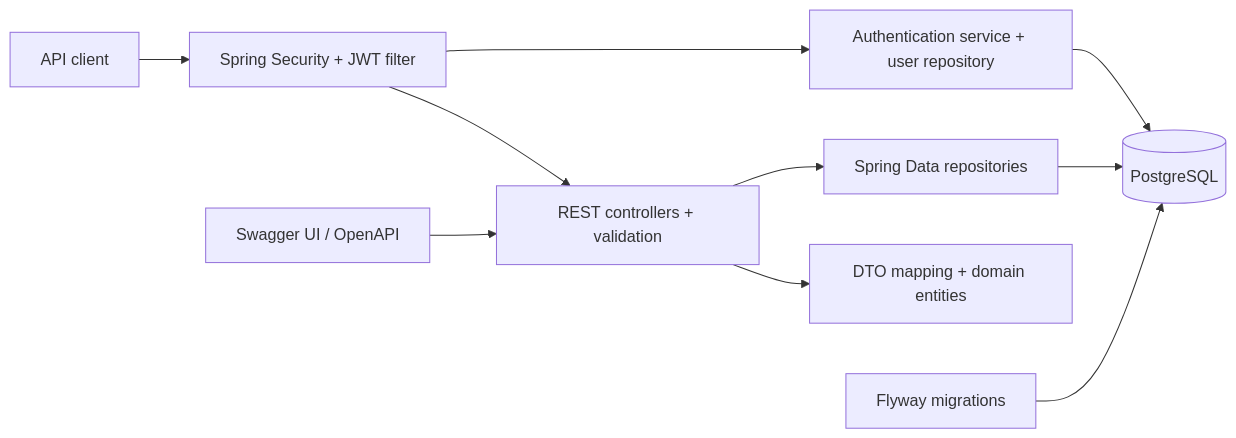
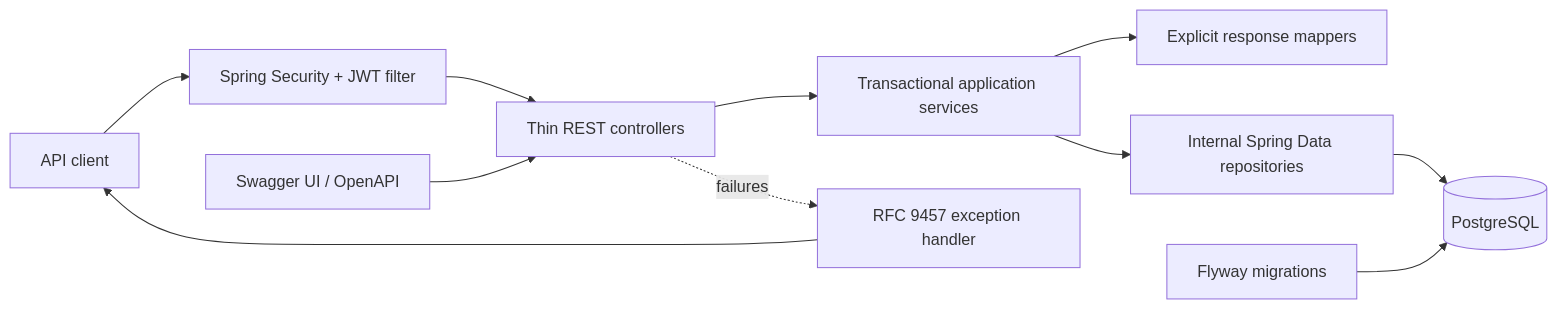
The diagram in readme.md (ricardoportoIE/resource-lending-api), drawn with Mermaid before and after one commit. The commit also changed other lines of this file and 1 other file, not shown here.

Commit message:
docs: record phase 3 architecture

````diff
--- a/readme.md
+++ b/readme.md
@@ -48,12 +47,13 @@
 ```mermaid
 flowchart LR
     Client[API client] --> Security[Spring Security + JWT filter]
-    Security --> Controllers[REST controllers + validation]
-    Controllers --> Domain[DTO mapping + domain entities]
-    Controllers --> Repositories[Spring Data repositories]
-    Security --> Auth[Authentication service + user repository]
+    Security --> Controllers[Thin REST controllers]
+    Controllers --> Services[Transactional application services]
+    Services --> Mappers[Explicit response mappers]
+    Services --> Repositories[Internal Spring Data repositories]
     Repositories --> DB[(PostgreSQL)]
-    Auth --> DB
     Flyway[Flyway migrations] --> DB
+    Controllers -. failures .-> Errors[RFC 9457 exception handler]
+    Errors --> Client
     OpenAPI[Swagger UI / OpenAPI] --> Controllers
 ```
````
